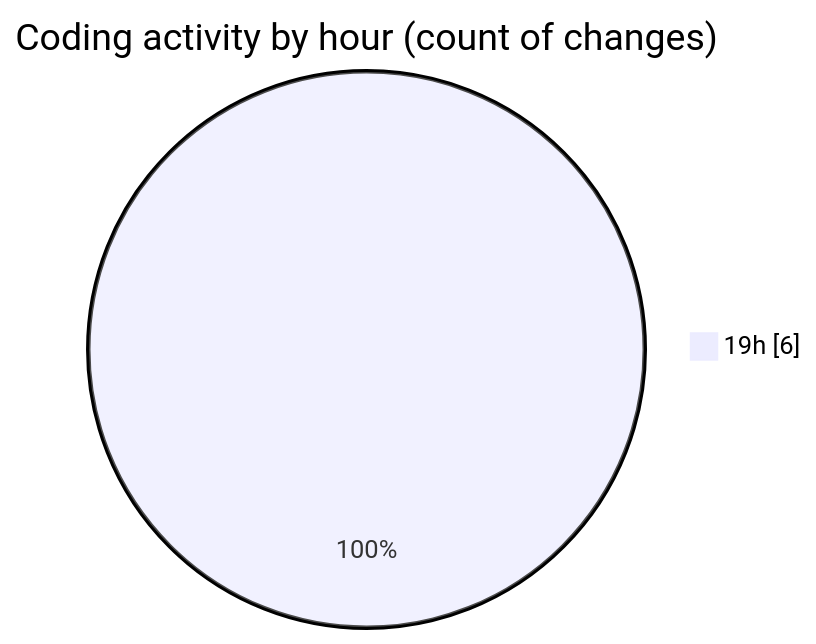
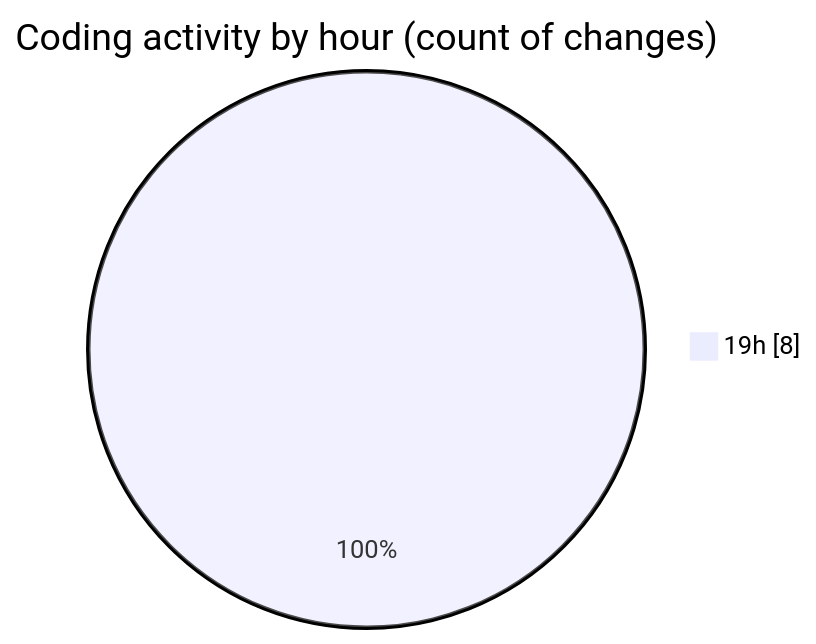
One commit to EIIisD/code-tracking changed the second of 2 diagrams in 2025-07-22/_claude-code-router/README.md. Above: the diagram before and after it, drawn with Mermaid. The commit also changed other lines of this file and 1 other file, not shown here.

````diff
--- a/2025-07-22/_claude-code-router/README.md
+++ b/2025-07-22/_claude-code-router/README.md
@@ -28,5 +28,5 @@
 ```mermaid
 pie showData
 title Coding activity by hour (count of changes)
-"19h" : 6
+"19h" : 8
 ```
````
